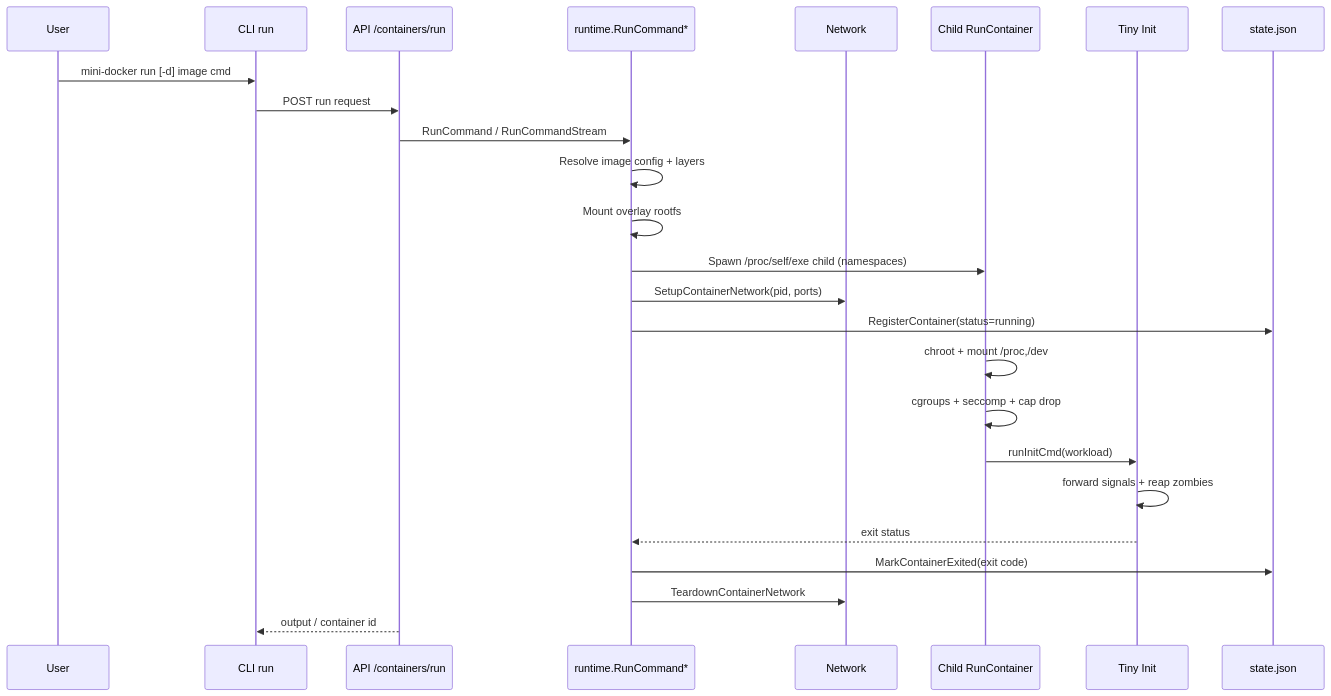
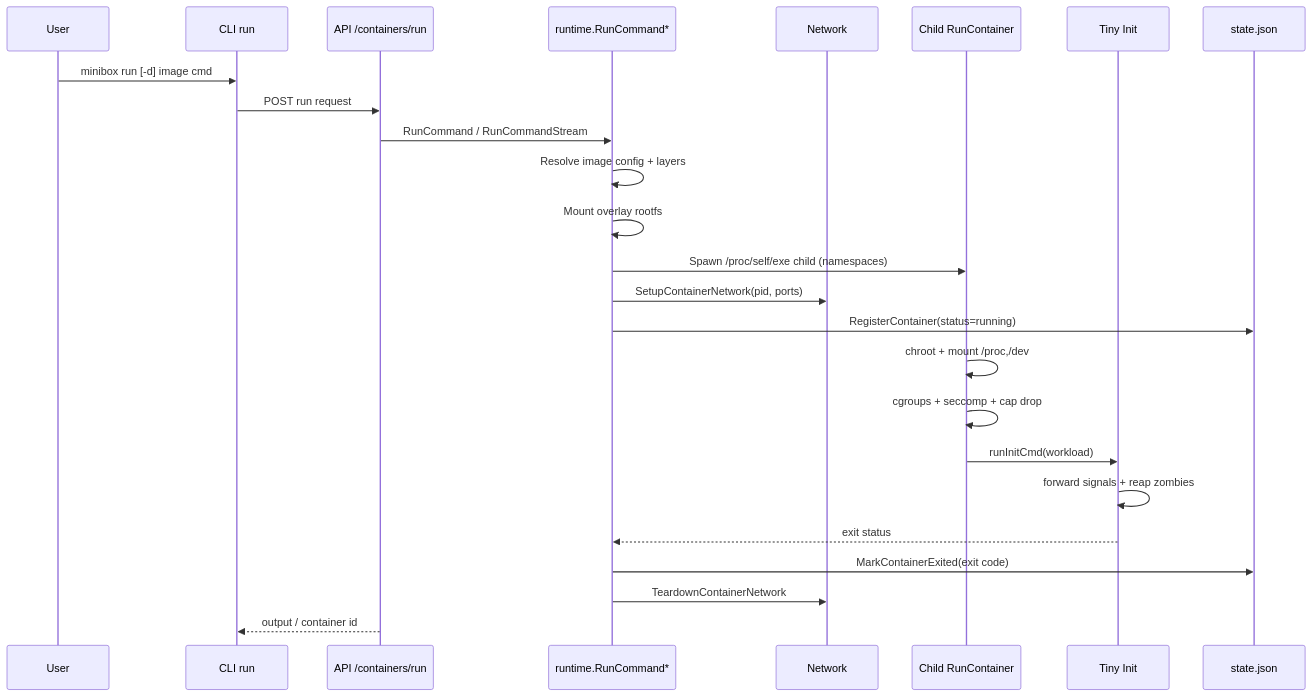
One commit to chaitu426/minibox changed the third of 11 diagrams in docs/ARCHITECTURE_DIAGRAMS.md. Above: the diagram before and after it, drawn with Mermaid. The commit also changed other lines of this file and 28 other files, not shown here.

````diff
--- a/docs/ARCHITECTURE_DIAGRAMS.md
+++ b/docs/ARCHITECTURE_DIAGRAMS.md
@@ -81,28 +81,28 @@
 ```mermaid
 sequenceDiagram
     participant U as User
     participant C as CLI run
     participant A as API /containers/run
     participant R as runtime.RunCommand*
     participant N as Network
     participant CH as Child RunContainer
     participant IN as Tiny Init
     participant ST as state.json
 
-    U->>C: mini-docker run [-d] image cmd
+    U->>C: minibox run [-d] image cmd
     C->>A: POST run request
     A->>R: RunCommand / RunCommandStream
     R->>R: Resolve image config + layers
     R->>R: Mount overlay rootfs
     R->>CH: Spawn /proc/self/exe child (namespaces)
     R->>N: SetupContainerNetwork(pid, ports)
     R->>ST: RegisterContainer(status=running)
     CH->>CH: chroot + mount /proc,/dev
     CH->>CH: cgroups + seccomp + cap drop
     CH->>IN: runInitCmd(workload)
     IN->>IN: forward signals + reap zombies
     IN-->>R: exit status
     R->>ST: MarkContainerExited(exit code)
     R->>N: TeardownContainerNetwork
     A-->>C: output / container id
 ```
````
